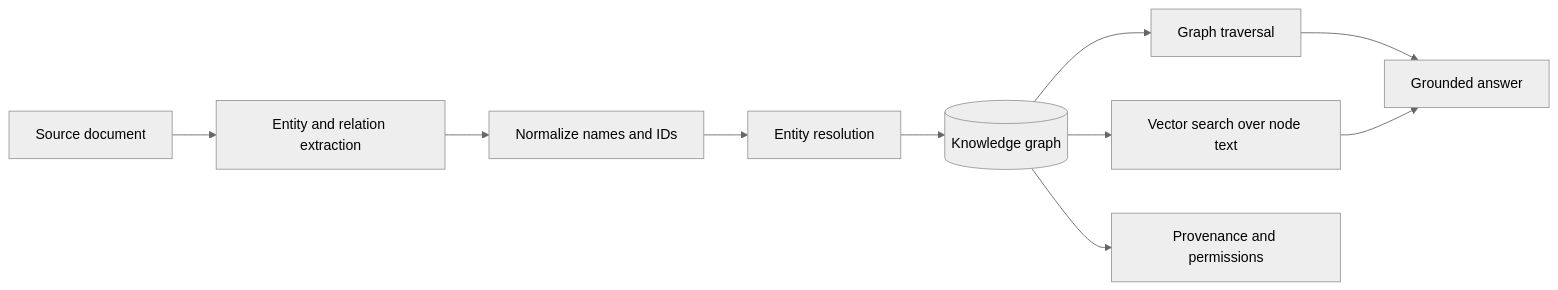
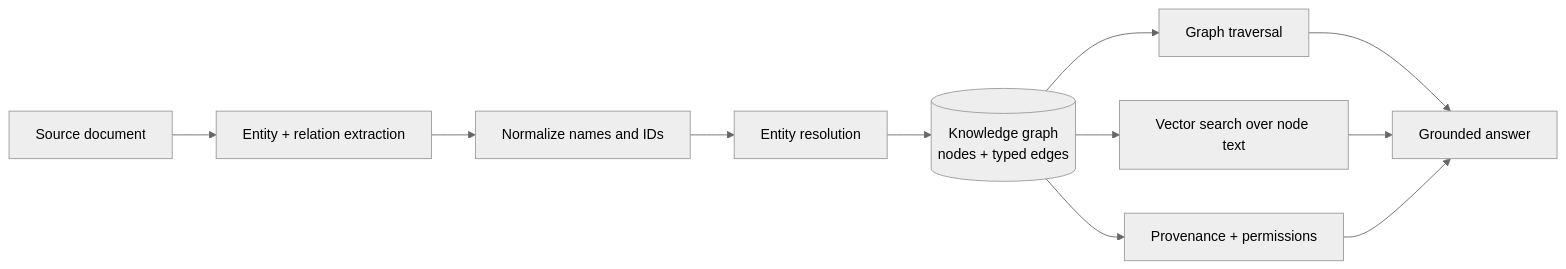
The first of 20 diagrams in modules/Module 23 - Knowledge Graphs And GraphRAG Systems.md (gptformlandai/Gen-AI), drawn with Mermaid (neutral theme) before and after one commit. The commit also changed other lines of this file and 1 other file, not shown here.

````diff
--- a/modules/Module 23 - Knowledge Graphs And GraphRAG Systems.md
+++ b/modules/Module 23 - Knowledge Graphs And GraphRAG Systems.md
@@ -125,12 +144,13 @@
 ```mermaid
 flowchart LR
-    Doc[Source document] --> Extract[Entity and relation extraction]
+    Doc[Source document] --> Extract[Entity + relation extraction]
     Extract --> Normalize[Normalize names and IDs]
     Normalize --> Resolve[Entity resolution]
-    Resolve --> KG[(Knowledge graph)]
+    Resolve --> KG[(Knowledge graph<br/>nodes + typed edges)]
     KG --> Traverse[Graph traversal]
     KG --> Vector[Vector search over node text]
     Traverse --> Answer[Grounded answer]
     Vector --> Answer
-    KG --> Audit[Provenance and permissions]
+    KG --> Audit[Provenance + permissions]
+    Audit --> Answer
 ```
````
